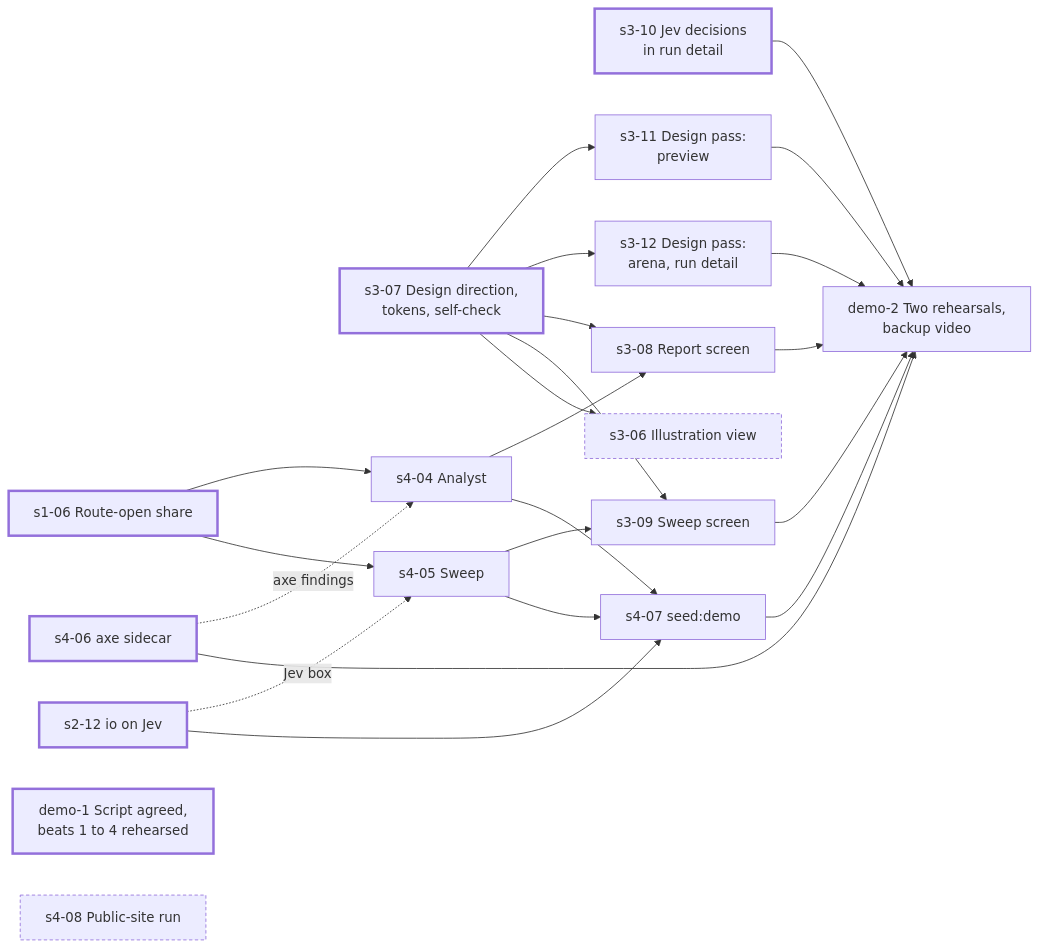
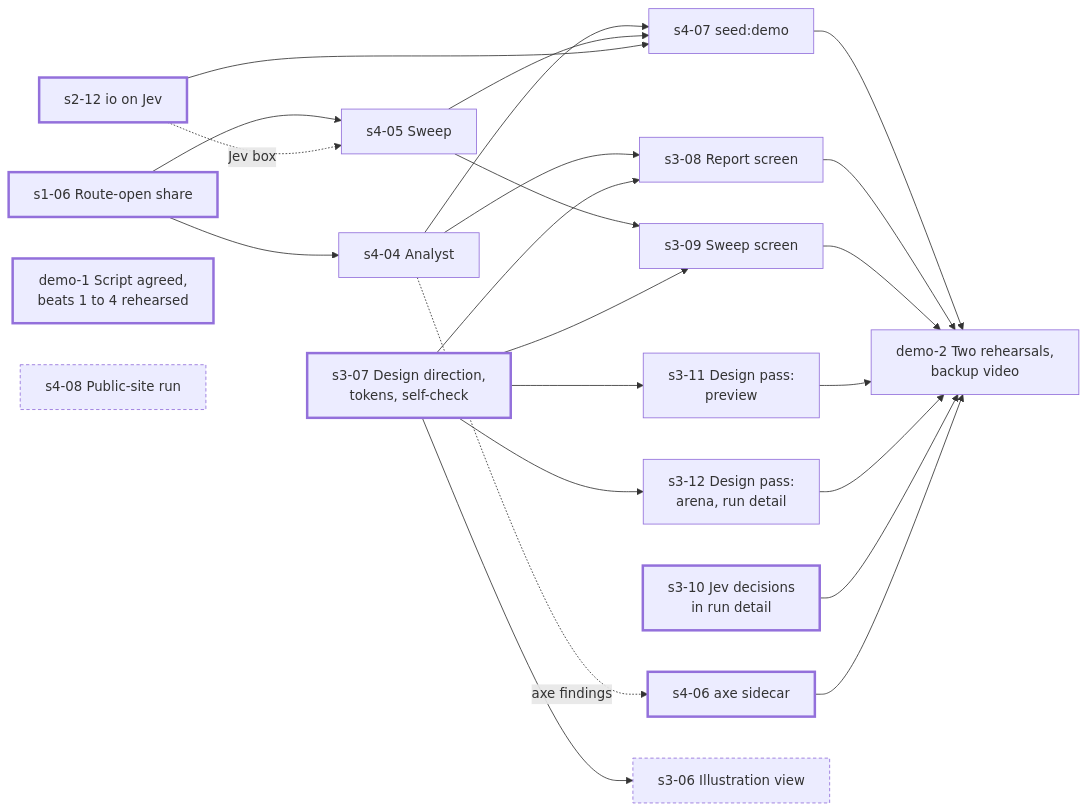
One commit to CShark-Hub/wayford changed the diagram in docs/ROADMAP.md. Above: the diagram before and after it, drawn with Mermaid. The commit also changed 3 other files, not shown here.

First line of the commit message:
Board: axe findings move from s4-04 to s4-06

````diff
--- a/docs/ROADMAP.md
+++ b/docs/ROADMAP.md
@@ -142,49 +142,49 @@
 ```mermaid
 flowchart LR
   classDef ready stroke-width:3px
   classDef optional stroke-dasharray:4 3
 
 
   s3_07["s3-07 Design direction,<br/>tokens, self-check"]
   s1_06["s1-06 Route-open share"]
   s4_06["s4-06 axe sidecar"]
   s2_12["s2-12 io on Jev"]
   s3_10["s3-10 Jev decisions<br/>in run detail"]
   s4_04["s4-04 Analyst"]
   s4_05["s4-05 Sweep"]
   s3_11["s3-11 Design pass:<br/>preview"]
   s3_12["s3-12 Design pass:<br/>arena, run detail"]
   s3_08["s3-08 Report screen"]
   s3_09["s3-09 Sweep screen"]
   s4_07["s4-07 seed:demo"]
   demo1["demo-1 Script agreed,<br/>beats 1 to 4 rehearsed"]
   demo2["demo-2 Two rehearsals,<br/>backup video"]
 
   s3_06["s3-06 Illustration view"]
   s4_08["s4-08 Public-site run"]
 
   s1_06 --> s4_04
   s1_06 --> s4_05
-  s4_06 -. axe findings .-> s4_04
+  s4_04 -. axe findings .-> s4_06
   s2_12 -. Jev box .-> s4_05
   s3_07 --> s3_11
   s3_07 --> s3_12
   s4_04 --> s3_08
   s3_07 --> s3_08
   s4_05 --> s3_09
   s3_07 --> s3_09
   s4_04 --> s4_07
   s4_05 --> s4_07
   s2_12 --> s4_07
   s4_07 --> demo2
   s3_08 --> demo2
   s3_09 --> demo2
   s3_11 --> demo2
   s3_12 --> demo2
   s3_10 --> demo2
   s4_06 --> demo2
   s3_07 --> s3_06
 
   class s3_07,s1_06,s4_06,s2_12,s3_10,demo1 ready
   class s3_06,s4_08 optional
 ```
````
